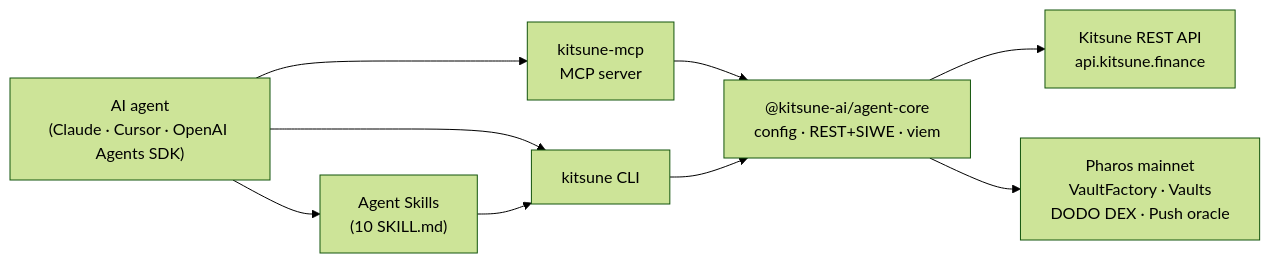
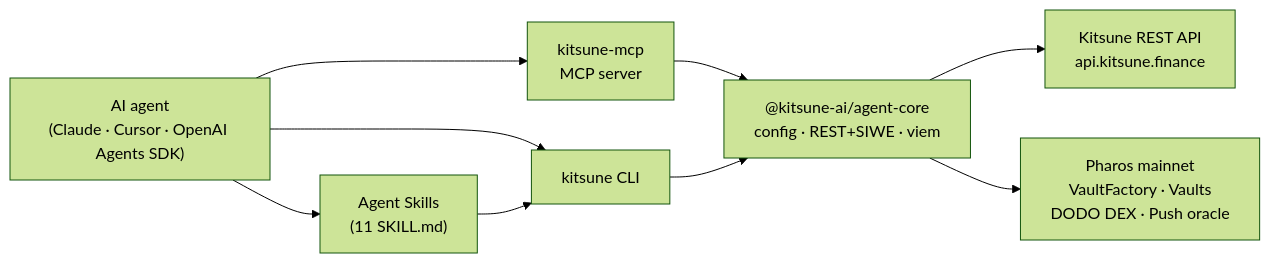
Before and after one commit to vi11abajo/kitsune-agent: the diagram in README.md, drawn with Mermaid (forest theme). The commit also changed other lines of this file, not shown here.

Commit message:
docs(readme): tighten README copy, sync skill count to 11

````diff
--- a/README.md
+++ b/README.md
@@ -70,12 +70,12 @@
 ```mermaid
 graph LR
   A["AI agent<br/>(Claude · Cursor · OpenAI Agents SDK)"]
-  A --> S["Agent Skills<br/>(10 SKILL.md)"]
+  A --> S["Agent Skills<br/>(11 SKILL.md)"]
   A --> M["kitsune-mcp<br/>MCP server"]
   A --> C["kitsune CLI"]
   S --> C
   M --> K["@kitsune-ai/agent-core<br/>config · REST+SIWE · viem"]
   C --> K
   K --> R["Kitsune REST API<br/>api.kitsune.finance"]
   K --> P["Pharos mainnet<br/>VaultFactory · Vaults<br/>DODO DEX · Push oracle"]
 ```
````
